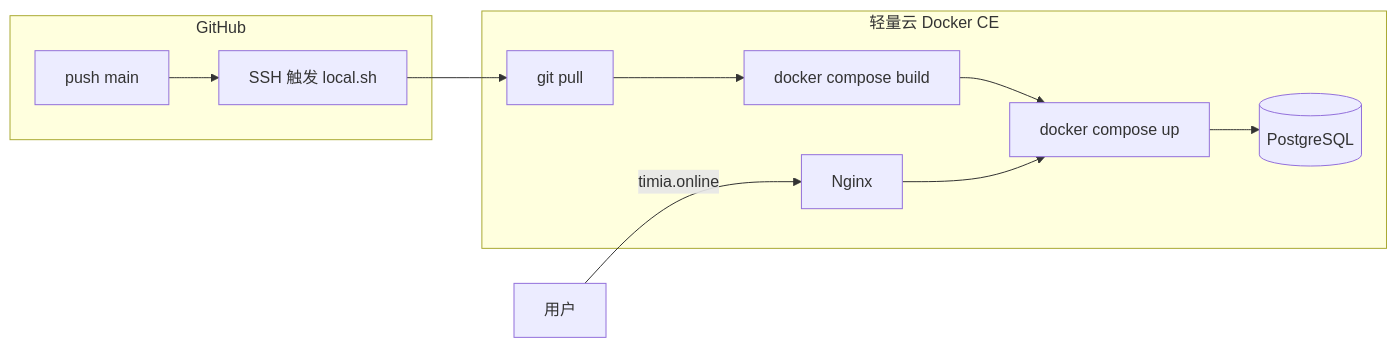
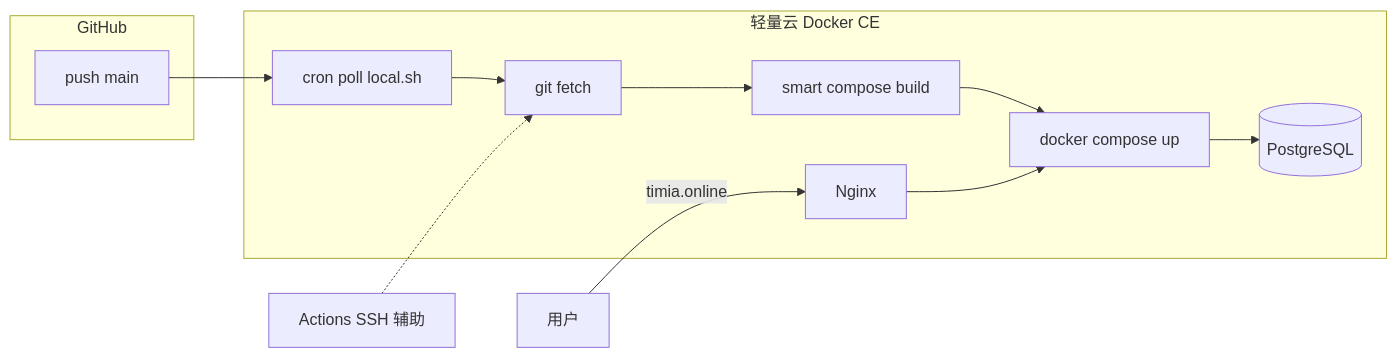
Before and after one commit to rongxuning/timia: the diagram in docs/deploy/cloud.md, drawn with Mermaid. The commit also changed other lines of this file and 1 other file, not shown here.

First line of the commit message:
ci(deploy): run SSH deploy only for server paths

````diff
--- a/docs/deploy/cloud.md
+++ b/docs/deploy/cloud.md
@@ -14,18 +16,19 @@
 ```mermaid
 flowchart LR
   subgraph GitHub
     A[push main]
-    B[SSH 触发 local.sh]
   end
   subgraph Lighthouse["轻量云 Docker CE"]
-    G[git pull]
-    D[docker compose build]
+    P[cron poll local.sh]
+    G[git fetch]
+    D[smart compose build]
     S[docker compose up]
     DB[(PostgreSQL)]
     NG[Nginx]
   end
-  A --> B --> G --> D --> S
+  A --> P --> G --> D --> S
+  SSH[Actions SSH 辅助] -.-> G
   S --> DB
   NG --> S
   User[用户] -->|timia.online| NG
 ```
````
